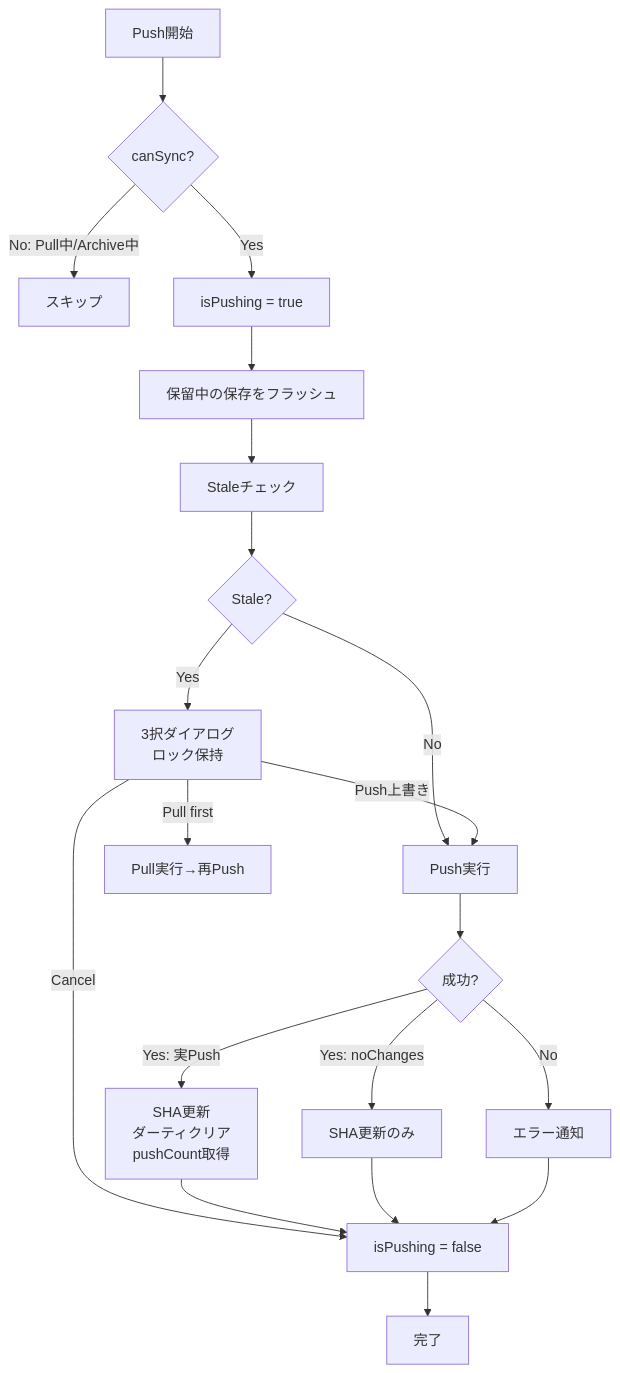
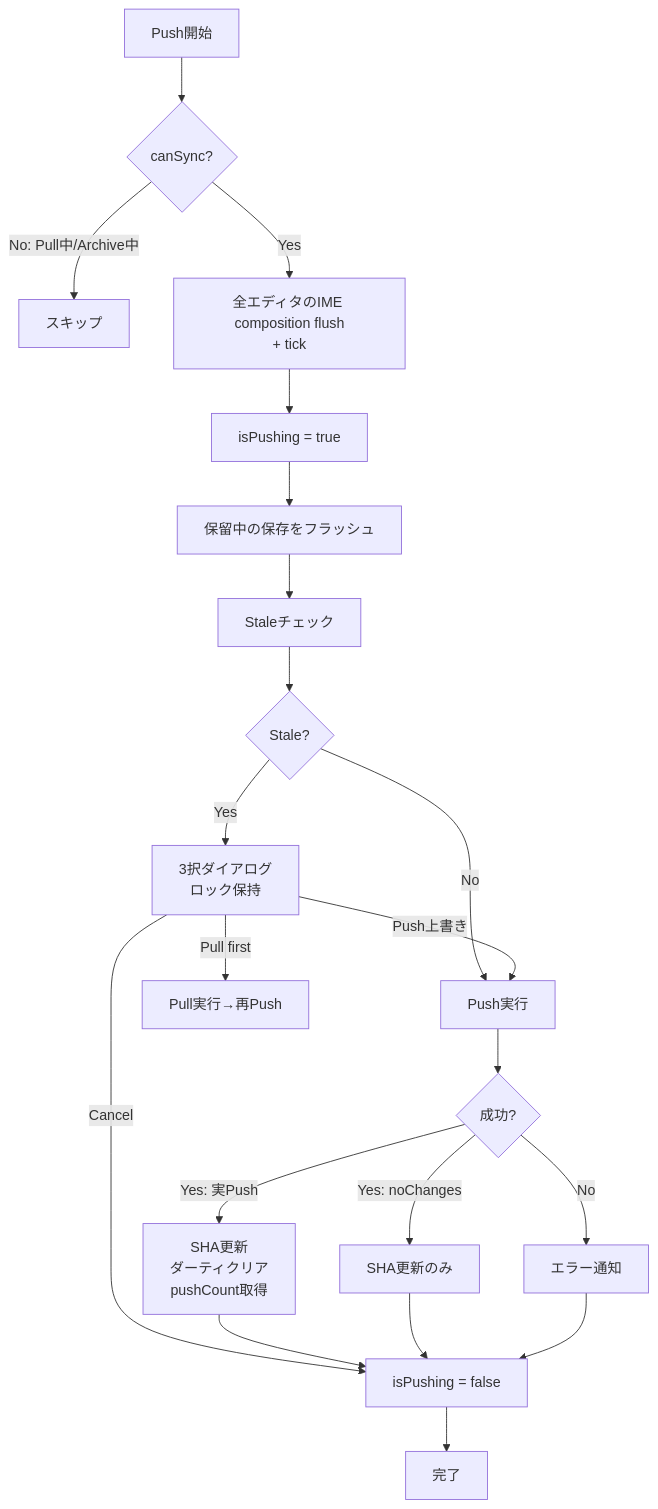
One commit to kako-jun/agasteer changed the first of 6 diagrams in docs/development/sync/push-pull.md. Above: the diagram before and after it, drawn with Mermaid. The commit also changed other lines of this file and 1 other file, not shown here.

First line of the commit message:
docs: kako-jun/agasteer#186 push 直前の IME composition flush ステップを追記

````diff
--- a/docs/development/sync/push-pull.md
+++ b/docs/development/sync/push-pull.md
@@ -51,22 +58,23 @@
 ```mermaid
 flowchart TD
     Start[Push開始] --> Check1{canSync?}
     Check1 -->|No: Pull中/Archive中| End1[スキップ]
-    Check1 -->|Yes| Lock[isPushing = true]
+    Check1 -->|Yes| FlushIME[全エディタのIME composition flush<br/>+ tick]
+    FlushIME --> Lock[isPushing = true]
     Lock --> Flush[保留中の保存をフラッシュ]
     Flush --> Stale[Staleチェック]
     Stale --> Check2{Stale?}
     Check2 -->|Yes| Confirm[3択ダイアログ<br/>ロック保持]
     Check2 -->|No| Push
     Confirm -->|Pull first| PullFirst[Pull実行→再Push]
     Confirm -->|Push上書き| Push[Push実行]
     Confirm -->|Cancel| Unlock
     Push --> Success{成功?}
     Success -->|Yes: 実Push| Clear[SHA更新<br/>ダーティクリア<br/>pushCount取得]
     Success -->|Yes: noChanges| ShaOnly[SHA更新のみ]
     Success -->|No| Notify[エラー通知]
     Clear --> Unlock[isPushing = false]
     ShaOnly --> Unlock
     Notify --> Unlock
     Unlock --> End2[完了]
 ```
````
